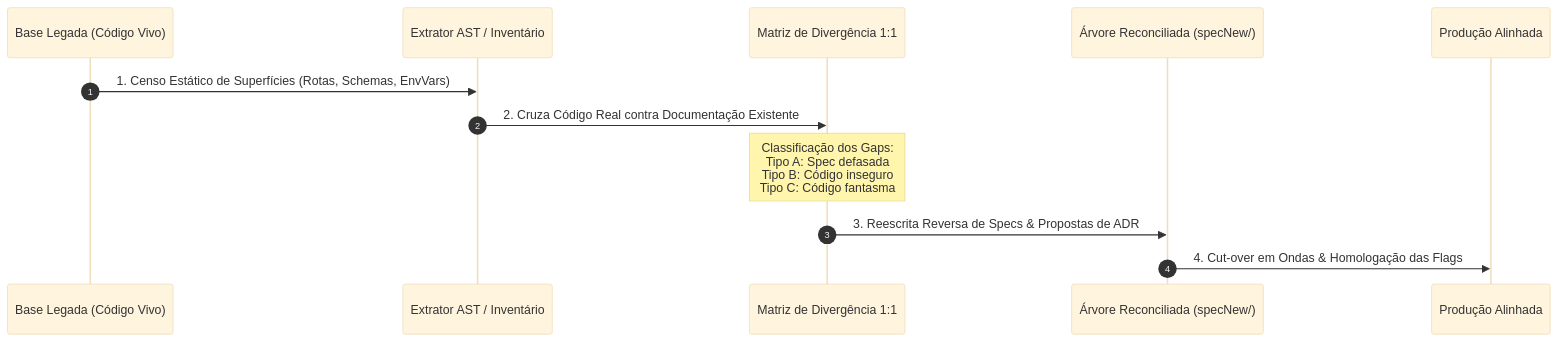
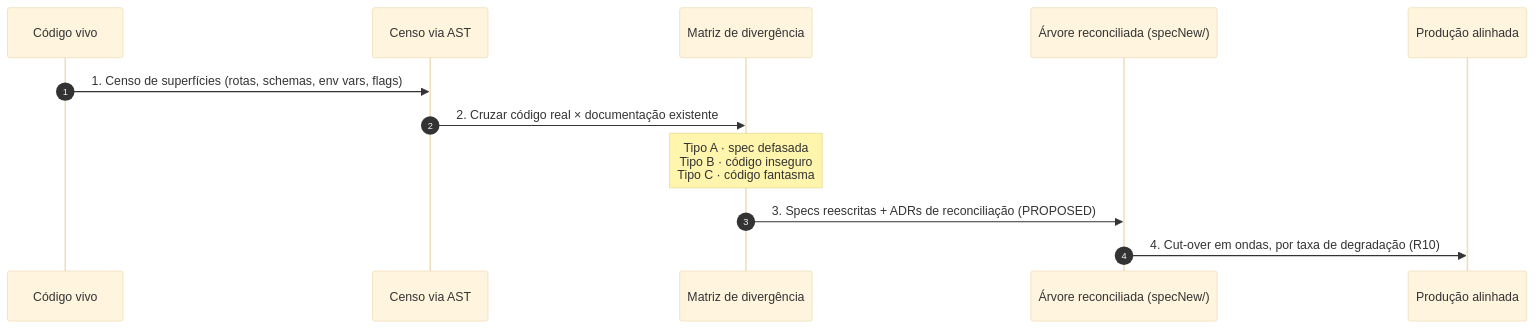
One commit to fuzaro/EEEMIAD changed the second of 2 diagrams in docs/pt/08-guia-de-aplicacao.md. Above: the diagram before and after it, drawn with Mermaid (base theme). The commit also changed other lines of this file and 65 other files, not shown here.

````diff
--- a/docs/pt/08-guia-de-aplicacao.md
+++ b/docs/pt/08-guia-de-aplicacao.md
@@ -36,15 +73,14 @@
 ```mermaid
 sequenceDiagram
     autonumber
-    participant Legado as Base Legada (Código Vivo)
-    participant AST as Extrator AST / Inventário
-    participant Matriz as Matriz de Divergência 1:1
-    participant SpecNew as Árvore Reconciliada (specNew/)
-    participant Prod as Produção Alinhada
-
-    Legado->>AST: 1. Censo Estático de Superfícies (Rotas, Schemas, EnvVars)
-    AST->>Matriz: 2. Cruza Código Real contra Documentação Existente
-    Note over Matriz: Classificação dos Gaps:<br/>Tipo A: Spec defasada<br/>Tipo B: Código inseguro<br/>Tipo C: Código fantasma
-    Matriz->>SpecNew: 3. Reescrita Reversa de Specs & Propostas de ADR
-    SpecNew->>Prod: 4. Cut-over em Ondas & Homologação das Flags
+    participant Legado as Código vivo
+    participant AST as Censo via AST
+    participant Matriz as Matriz de divergência
+    participant Nova as Árvore reconciliada (specNew/)
+    participant Prod as Produção alinhada
+    Legado->>AST: 1. Censo de superfícies (rotas, schemas, env vars, flags)
+    AST->>Matriz: 2. Cruzar código real × documentação existente
+    Note over Matriz: Tipo A · spec defasada<br/>Tipo B · código inseguro<br/>Tipo C · código fantasma
+    Matriz->>Nova: 3. Specs reescritas + ADRs de reconciliação (PROPOSED)
+    Nova->>Prod: 4. Cut-over em ondas, por taxa de degradação (R10)
 ```
````
